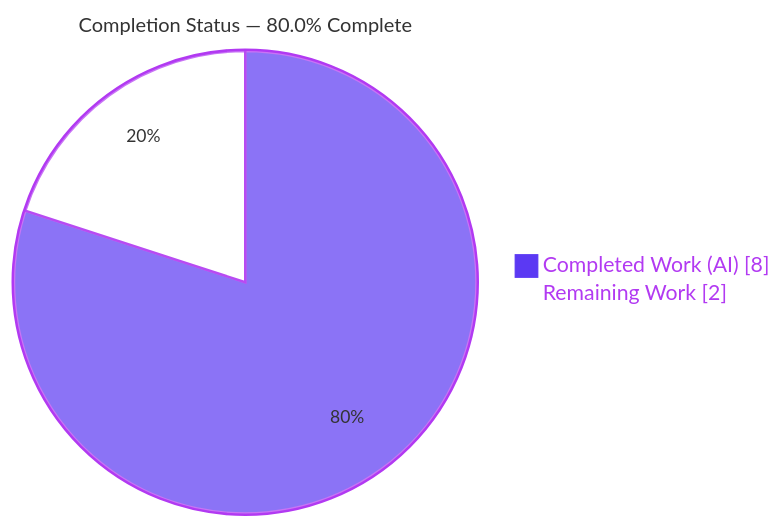
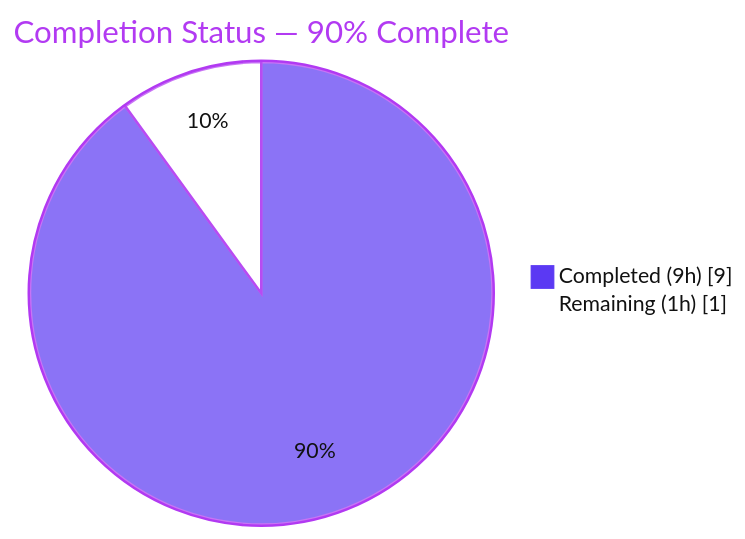
One commit to Sandeep02Kumar02/12-dec-existing-projects-qa-test-2 changed the first of 3 diagrams in blitzy/documentation/Project Guide.md. Above: the diagram before and after it, drawn with Mermaid. The commit also changed other lines of this file, not shown here.

Commit message:
Adding Blitzy Project Guide: Project Status and Human Tasks Remaining

````diff
--- a/blitzy/documentation/Project Guide.md
+++ b/blitzy/documentation/Project Guide.md
@@ -18,6 +18,6 @@
 ```mermaid
-%%{init: {'theme':'base', 'themeVariables': {'pie1':'#5B39F3','pie2':'#FFFFFF','pieStrokeColor':'#B23AF2','pieOuterStrokeColor':'#B23AF2','pieStrokeWidth':'2px','pieTitleTextSize':'16px','pieSectionTextSize':'14px','pieLegendTextColor':'#B23AF2'}}}%%
-pie showData title Completion Status — 80.0% Complete
-    "Completed Work (AI)" : 8
-    "Remaining Work" : 2
+%%{init: {'theme':'base','themeVariables':{'pie1':'#5B39F3','pie2':'#FFFFFF','pieStrokeColor':'#B23AF2','pieOuterStrokeColor':'#B23AF2','pieTitleTextColor':'#B23AF2','pieSectionTextColor':'#111111','pieLegendTextColor':'#111111'}}}%%
+pie showData title Completion Status — 90% Complete
+    "Completed (9h)" : 9
+    "Remaining (1h)" : 1
 ```
````
